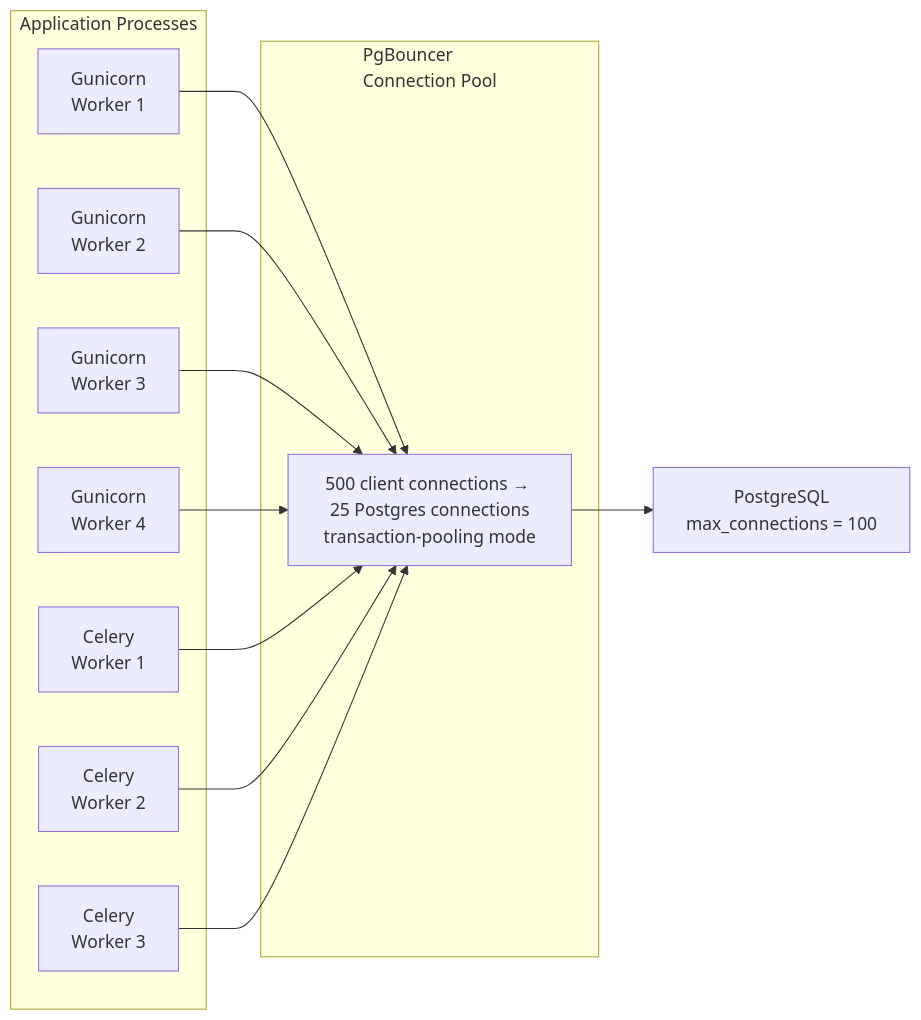
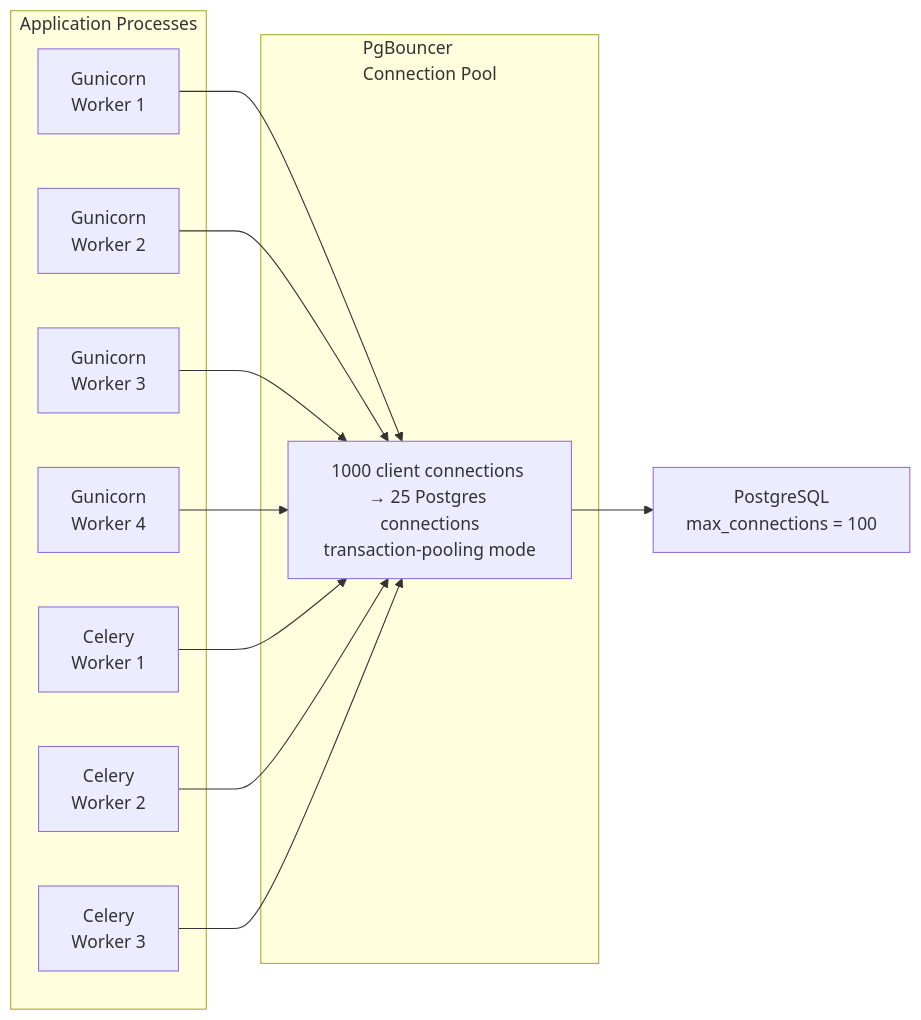
One commit to Wachiradanito/zaruni-engineering changed the fourth of 5 diagrams in diagrams/deployment-topology.md. Above: the diagram before and after it, drawn with Mermaid. The commit also changed 1 other file, not shown here.

Commit message:
fix: Correct PgBouncer description to match actual implementation
PgBouncer is configured in deploy/docker-compose.prod.yml with:
- transaction-pooling mode
- max_client_conn = 1000 (was incorrectly stated as 500)
- default_pool_size = 25

Django settings include CONN_MAX_AGE=0 and DISABLE_SERVER_SIDE_CURSORS=True
as required for PgBouncer transaction mode.

Updated deployment-topology.md to accurately reflect the actual config
rather than approximate values.

````diff
--- a/diagrams/deployment-topology.md
+++ b/diagrams/deployment-topology.md
@@ -125,21 +125,21 @@
 ```mermaid
 flowchart LR
     subgraph Apps["Application Processes"]
         G1["Gunicorn\nWorker 1"]
         G2["Gunicorn\nWorker 2"]
         G3["Gunicorn\nWorker 3"]
         G4["Gunicorn\nWorker 4"]
         C1["Celery\nWorker 1"]
         C2["Celery\nWorker 2"]
         C3["Celery\nWorker 3"]
     end
 
     subgraph Pool["PgBouncer\nConnection Pool"]
-        POOL["500 client connections → 25 Postgres connections\ntransaction-pooling mode"]
+        POOL["1000 client connections → 25 Postgres connections\ntransaction-pooling mode"]
     end
 
     PG["PostgreSQL\nmax_connections = 100"]
 
     G1 & G2 & G3 & G4 & C1 & C2 & C3 --> POOL
     POOL --> PG
 ```
````
